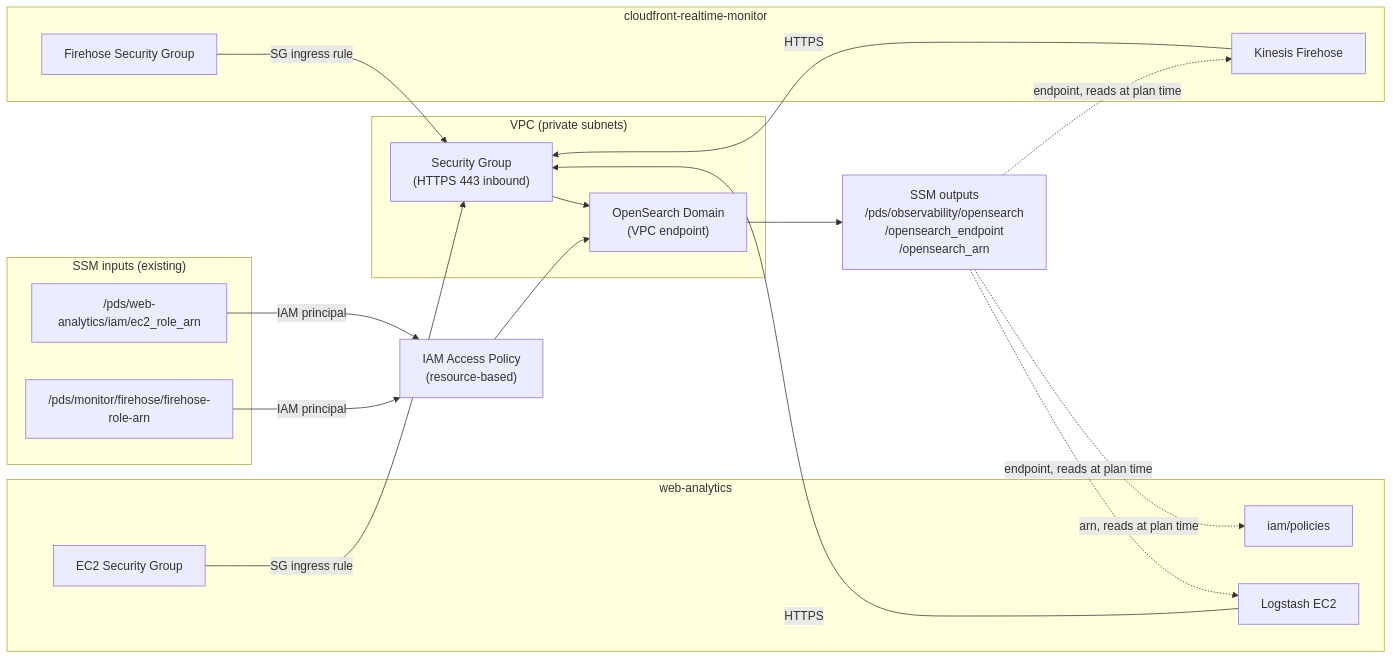
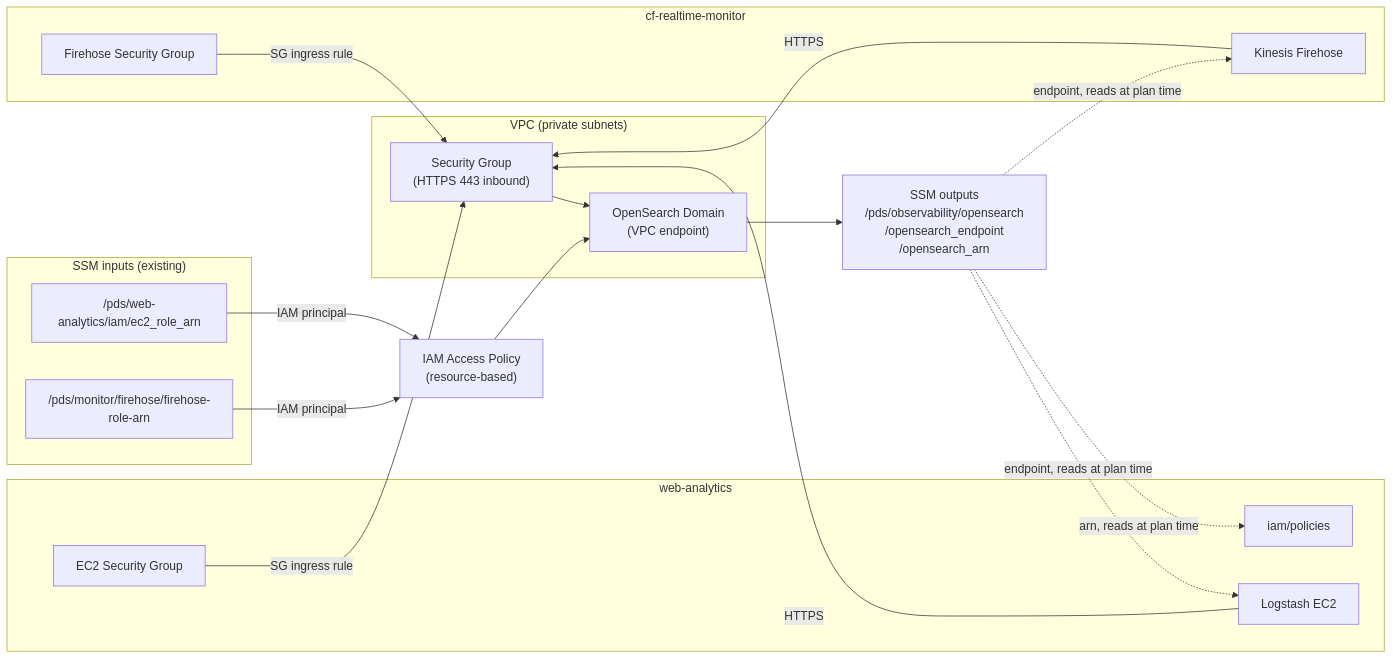
The first of 2 diagrams in terraform/README.md (NASA-PDS/o11y-platform), drawn with Mermaid before and after one commit. The commit also changed other lines of this file and 1 other file, not shown here.

Commit message:
Update repo references for cloudfront-realtime-monitor rename to cf-realtime-monitor

````diff
--- a/terraform/README.md
+++ b/terraform/README.md
@@ -7,39 +7,39 @@
 ```mermaid
 flowchart LR
     subgraph vpc["VPC (private subnets)"]
         SG["Security Group\n(HTTPS 443 inbound)"]
         OS["OpenSearch Domain\n(VPC endpoint)"]
     end
 
     subgraph ssm_in["SSM inputs (existing)"]
         EC2ARN["/pds/web-analytics/iam/ec2_role_arn"]
         FHARN["/pds/monitor/firehose/firehose-role-arn"]
     end
 
     POL["IAM Access Policy\n(resource-based)"]
     SSM_OUT["SSM outputs\n/pds/observability/opensearch\n/opensearch_endpoint\n/opensearch_arn"]
 
     subgraph wa["web-analytics"]
         LS["Logstash EC2"]
         EC2SG["EC2 Security Group"]
         WAIAM["iam/policies"]
     end
 
-    subgraph cf["cloudfront-realtime-monitor"]
+    subgraph cf["cf-realtime-monitor"]
         FH["Kinesis Firehose"]
         FHSG["Firehose Security Group"]
     end
 
     EC2SG -->|"SG ingress rule"| SG
     FHSG -->|"SG ingress rule"| SG
     SG --> OS
     EC2ARN -->|"IAM principal"| POL
     FHARN -->|"IAM principal"| POL
     POL --> OS
     OS --> SSM_OUT
     SSM_OUT -.->|"endpoint, reads at plan time"| LS
     SSM_OUT -.->|"endpoint, reads at plan time"| FH
     SSM_OUT -.->|"arn, reads at plan time"| WAIAM
     LS -->|"HTTPS"| SG
     FH -->|"HTTPS"| SG
 ```
````
